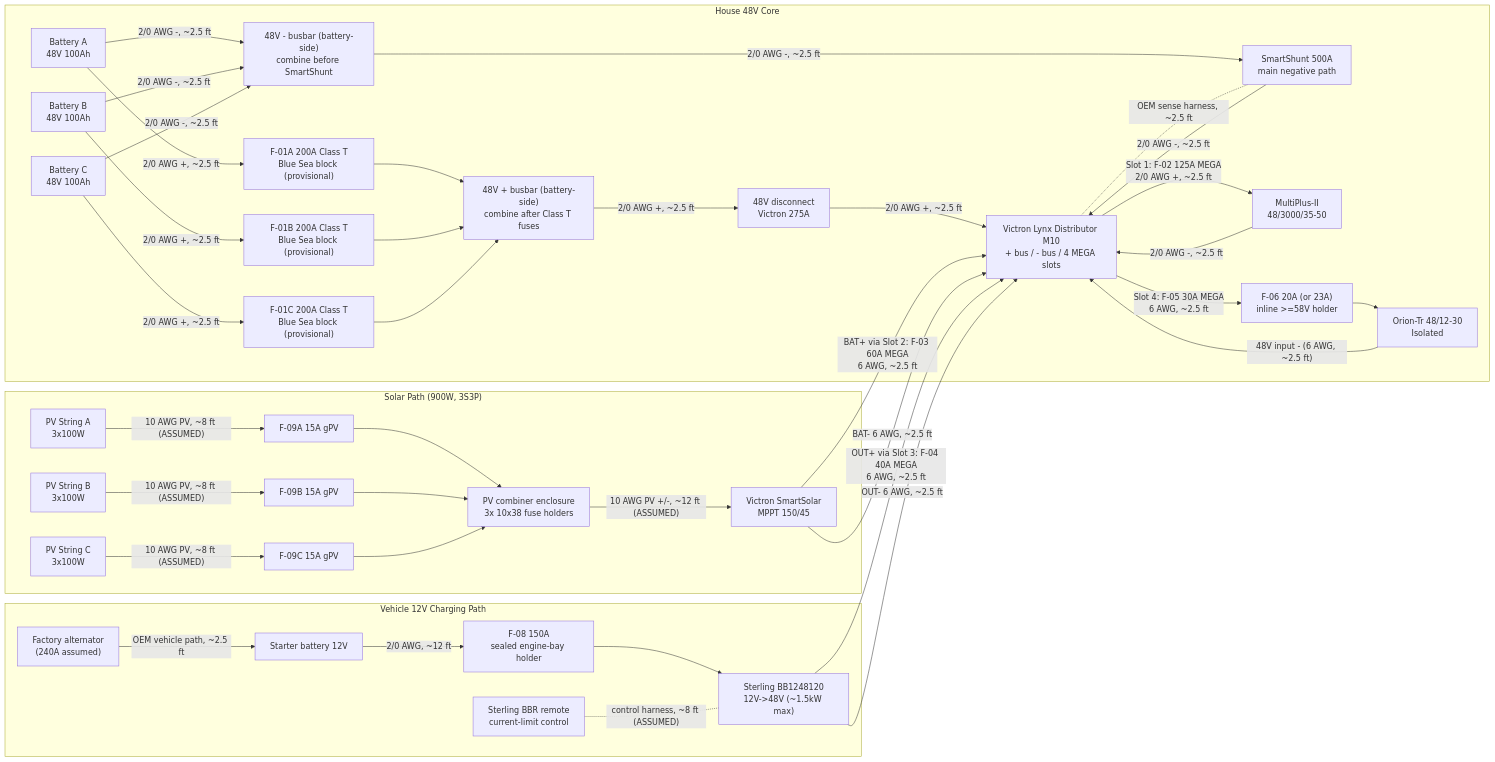
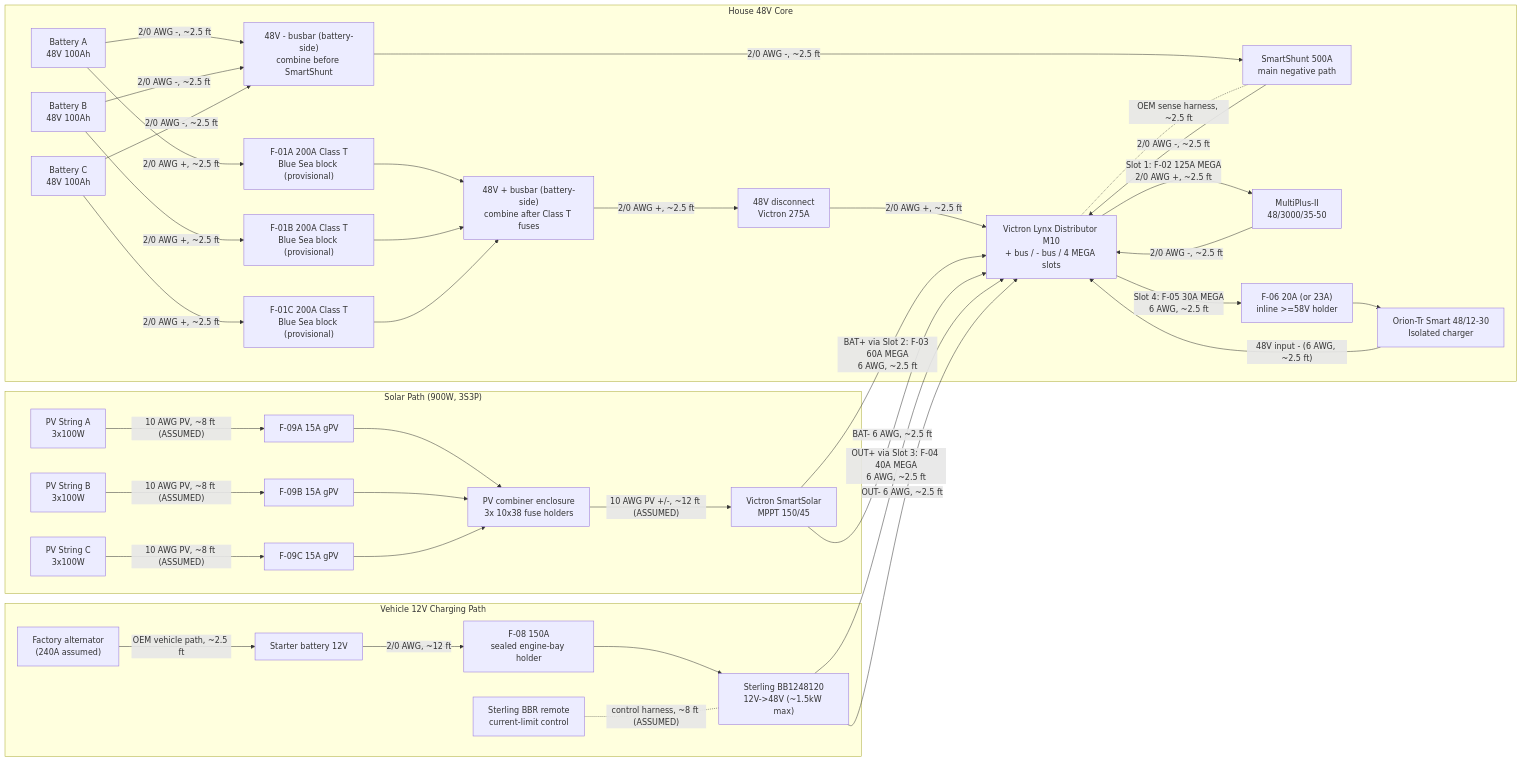
One commit to DataDaneDev/HiatusBuild changed the diagram in docs/pdf_exports/assets/ELECTRICAL_overview_diagram/diagram-01.mmd. Above: the diagram before and after it, drawn with Mermaid. The commit also changed 9 other files, not shown here.

```diff
--- a/docs/pdf_exports/assets/ELECTRICAL_overview_diagram/diagram-01.mmd
+++ b/docs/pdf_exports/assets/ELECTRICAL_overview_diagram/diagram-01.mmd
@@ -1,68 +1,68 @@
 flowchart LR
     subgraph VEHICLE_12V["Vehicle 12V Charging Path"]
         ALT["Factory alternator\n(240A assumed)"]
         START["Starter battery 12V"]
         F08["F-08 150A\nsealed engine-bay holder"]
         B2B["Sterling BB1248120\n12V->48V (~1.5kW max)"]
         BBR["Sterling BBR remote\ncurrent-limit control"]
         ALT -- "OEM vehicle path, ~2.5 ft" --> START
         START -- "2/0 AWG, ~12 ft" --> F08 --> B2B
         BBR -. "control harness, ~8 ft (ASSUMED)" .- B2B
     end
 
     subgraph PV_PATH["Solar Path (900W, 3S3P)"]
         PVA["PV String A\n3x100W"]
         PVB["PV String B\n3x100W"]
         PVC["PV String C\n3x100W"]
         F09A["F-09A 15A gPV"]
         F09B["F-09B 15A gPV"]
         F09C["F-09C 15A gPV"]
         COMB["PV combiner enclosure\n3x 10x38 fuse holders"]
         MPPT["Victron SmartSolar\nMPPT 150/45"]
         PVA -- "10 AWG PV, ~8 ft (ASSUMED)" --> F09A --> COMB
         PVB -- "10 AWG PV, ~8 ft (ASSUMED)" --> F09B --> COMB
         PVC -- "10 AWG PV, ~8 ft (ASSUMED)" --> F09C --> COMB
         COMB -- "10 AWG PV +/-, ~12 ft (ASSUMED)" --> MPPT
     end
 
     subgraph HOUSE_48V["House 48V Core"]
         BATA["Battery A\n48V 100Ah"]
         BATB["Battery B\n48V 100Ah"]
         BATC["Battery C\n48V 100Ah"]
         F01A["F-01A 200A Class T\nBlue Sea block (provisional)"]
         F01B["F-01B 200A Class T\nBlue Sea block (provisional)"]
         F01C["F-01C 200A Class T\nBlue Sea block (provisional)"]
         POSBUS["48V + busbar (battery-side)\ncombine after Class T fuses"]
         NEGBUS["48V - busbar (battery-side)\ncombine before SmartShunt"]
         DISC["48V disconnect\nVictron 275A"]
         SHUNT["SmartShunt 500A\nmain negative path"]
         LYNX["Victron Lynx Distributor M10\n+ bus / - bus / 4 MEGA slots"]
         MULTI["MultiPlus-II\n48/3000/35-50"]
-        ORION["Orion-Tr 48/12-30\nIsolated"]
+        ORION["Orion-Tr Smart 48/12-30\nIsolated charger"]
         F06["F-06 20A (or 23A)\ninline >=58V holder"]
     end
 
     BATA -- "2/0 AWG +, ~2.5 ft" --> F01A --> POSBUS
     BATB -- "2/0 AWG +, ~2.5 ft" --> F01B --> POSBUS
     BATC -- "2/0 AWG +, ~2.5 ft" --> F01C --> POSBUS
     POSBUS -- "2/0 AWG +, ~2.5 ft" --> DISC
     DISC -- "2/0 AWG +, ~2.5 ft" --> LYNX
 
     BATA -- "2/0 AWG -, ~2.5 ft" --> NEGBUS
     BATB -- "2/0 AWG -, ~2.5 ft" --> NEGBUS
     BATC -- "2/0 AWG -, ~2.5 ft" --> NEGBUS
     NEGBUS -- "2/0 AWG -, ~2.5 ft" --> SHUNT
     SHUNT -- "2/0 AWG -, ~2.5 ft" --> LYNX
     LYNX -. "OEM sense harness, ~2.5 ft" .- SHUNT
 
     LYNX -- "Slot 1: F-02 125A MEGA\n2/0 AWG +, ~2.5 ft" --> MULTI
     MULTI -- "2/0 AWG -, ~2.5 ft" --> LYNX
 
     MPPT -- "BAT+ via Slot 2: F-03 60A MEGA\n6 AWG, ~2.5 ft" --> LYNX
     MPPT -- "BAT- 6 AWG, ~2.5 ft" --> LYNX
 
     B2B -- "OUT+ via Slot 3: F-04 40A MEGA\n6 AWG, ~2.5 ft" --> LYNX
     B2B -- "OUT- 6 AWG, ~2.5 ft" --> LYNX
 
     LYNX -- "Slot 4: F-05 30A MEGA\n6 AWG, ~2.5 ft" --> F06 --> ORION
     ORION -- "48V input - (6 AWG, ~2.5 ft)" --> LYNX
```
